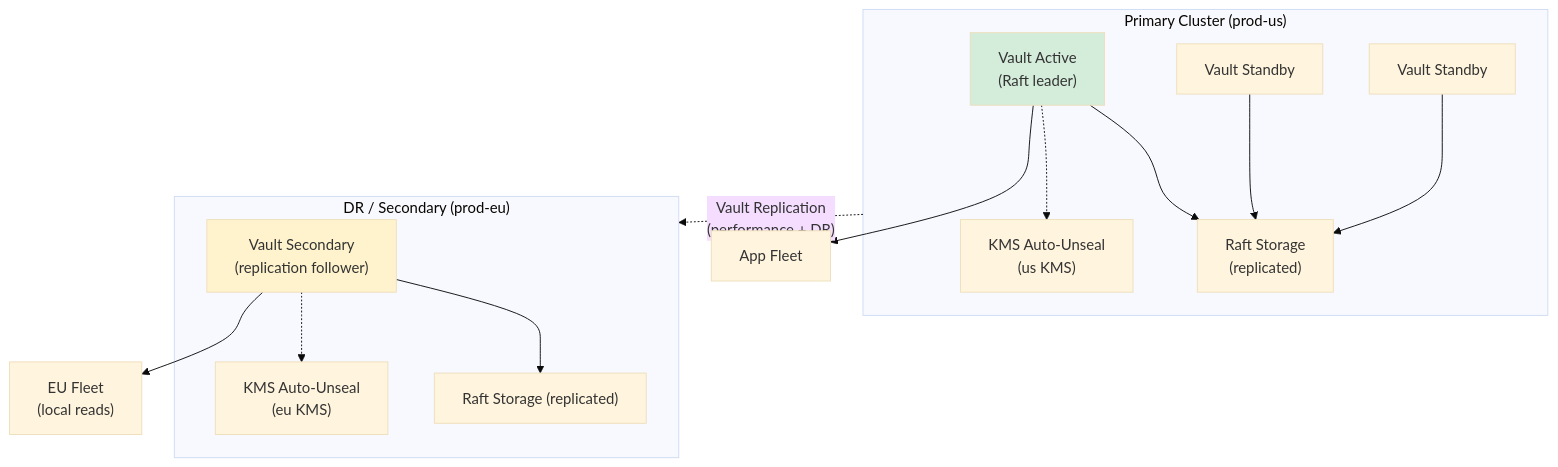
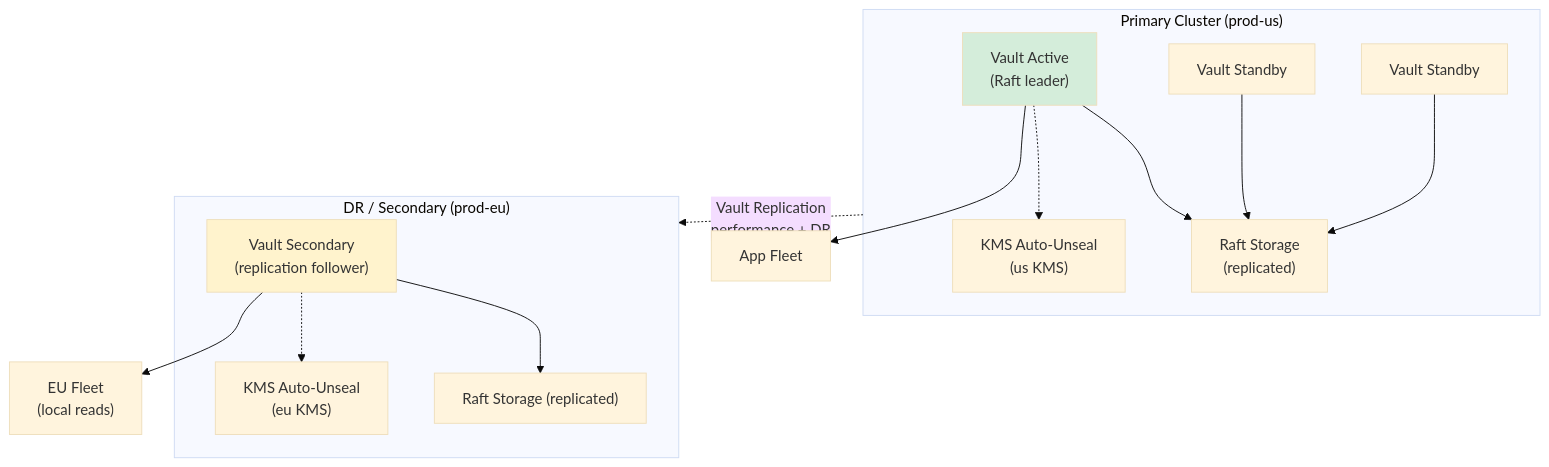
The fourth of 7 diagrams in vol-09-security-auth/ch08-secrets-management.md (bumbsclaw/textbooks), drawn with Mermaid (base theme) before and after one commit. The commit also changed other lines of this file and 173 other files, not shown here.

First line of the commit message:
fix(mermaid): close note brackets, semicolons in Notes, stateDiagram br -> dash, edge parens

````diff
--- a/vol-09-security-auth/ch08-secrets-management.md
+++ b/vol-09-security-auth/ch08-secrets-management.md
@@ -531,27 +531,27 @@
 ```mermaid
 flowchart TB
     subgraph Primary["Primary Cluster (prod-us)"]
         V1["Vault Active<br/>(Raft leader)"]
         V2["Vault Standby"]
         V3["Vault Standby"]
         Raft1["Raft Storage<br/>(replicated)"]
         KMS1["KMS Auto-Unseal<br/>(us KMS)"]
         V1 --> Raft1
         V2 --> Raft1
         V3 --> Raft1
         V1 -.-> KMS1
     end
     subgraph DR["DR / Secondary (prod-eu)"]
         VS["Vault Secondary<br/>(replication follower)"]
         Raft2["Raft Storage (replicated)"]
         KMS2["KMS Auto-Unseal<br/>(eu KMS)"]
         VS --> Raft2
         VS -.-> KMS2
     end
-    Primary -.->|"Vault Replication<br/>(performance + DR)"| DR
+    Primary -.->|"Vault Replication<br > performance + DR "| DR
     V1 --> App1["App Fleet"]
     VS --> App2["EU Fleet<br/>(local reads)"]
 
     style V1 fill:#d4edda
     style VS fill:#fff3cd
 ```
````
